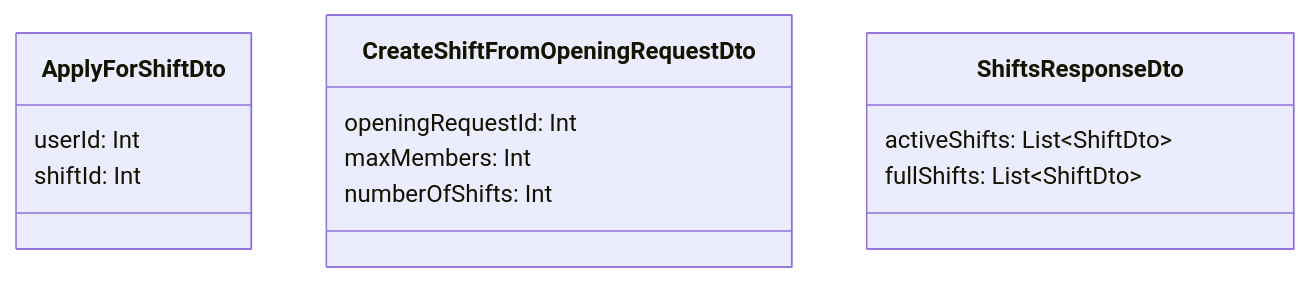
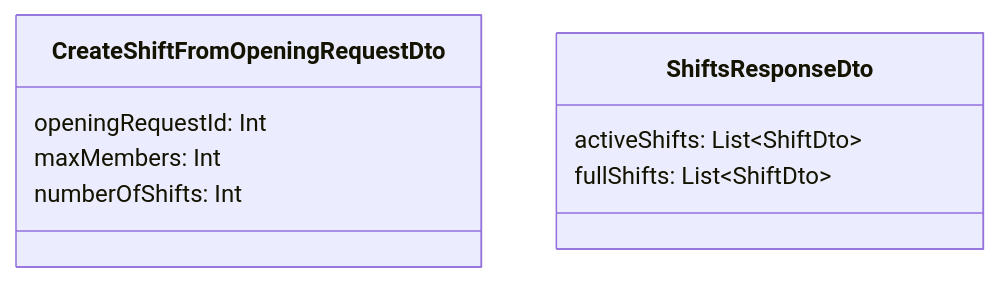
The fifth of 9 diagrams in Upgrade backend TERV.md (kir-dev/foodex-web), drawn with Mermaid before and after one commit. The commit also changed other lines of this file and 11 other files, not shown here.

````diff
--- a/Upgrade backend TERV.md
+++ b/Upgrade backend TERV.md
@@ -137,19 +138,14 @@
 ```mermaid
 classDiagram
-
-class ApplyForShiftDto {
-    userId: Int
-    shiftId: Int
-}
 
 class CreateShiftFromOpeningRequestDto {
     openingRequestId: Int
     maxMembers: Int
     numberOfShifts: Int
 }
 
 class ShiftsResponseDto {
     activeShifts: List&lt;ShiftDto&gt;
     fullShifts: List&lt;ShiftDto&gt;
 }
 ```
````
